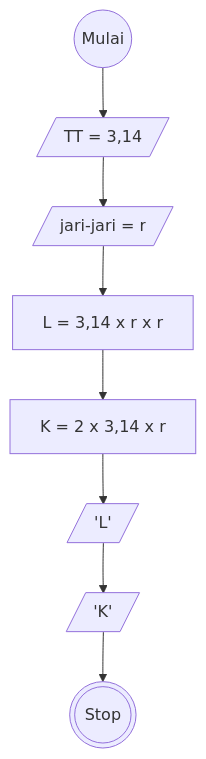
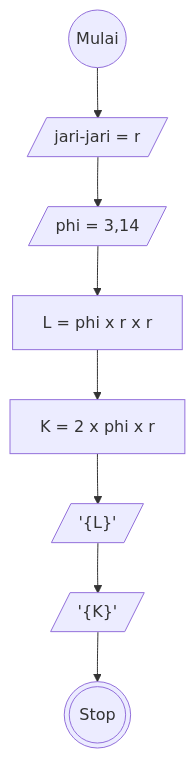
Before and after one commit to MuhamadRafliShidiq/koda-b8-algoritma: the diagram in luas-dan-keliling.md, drawn with Mermaid.

````diff
--- a/luas-dan-keliling.md
+++ b/luas-dan-keliling.md
@@ -21,22 +21,22 @@
 ```mermaid
 
     flowchart TD
 
     a@{ shape: circle, label: "Mulai" }
-    b@{ shape: lean-r, label: "TT = 3,14" }
-    c@{ shape: lean-r, label: " jari-jari = r" }
-    d@{ shape: rect, label: "L = 3,14 x r x r " }
-    e@{ shape: rect, label: "K = 2 x 3,14 x r " }
-    f@{ shape: lean-r, label: "'L'" }
-    g@{ shape: lean-r, label: "'K'" }
+    b@{ shape: lean-r, label: " jari-jari = r" }
+    c@{ shape: lean-r, label: "phi = 3,14" }
+    d@{ shape: rect, label: "L = phi x r x r " }
+    e@{ shape: rect, label: "K = 2 x phi x r " }
+    f@{ shape: lean-r, label: "'{L}'" }
+    g@{ shape: lean-r, label: "'{K}'" }
     h@{ shape: dbl-circ, label: "Stop" }
 
     a --> b
     b --> c
     c --> d
     d --> e
     e --> f
     f --> g
     g --> h
 
 ```
````
